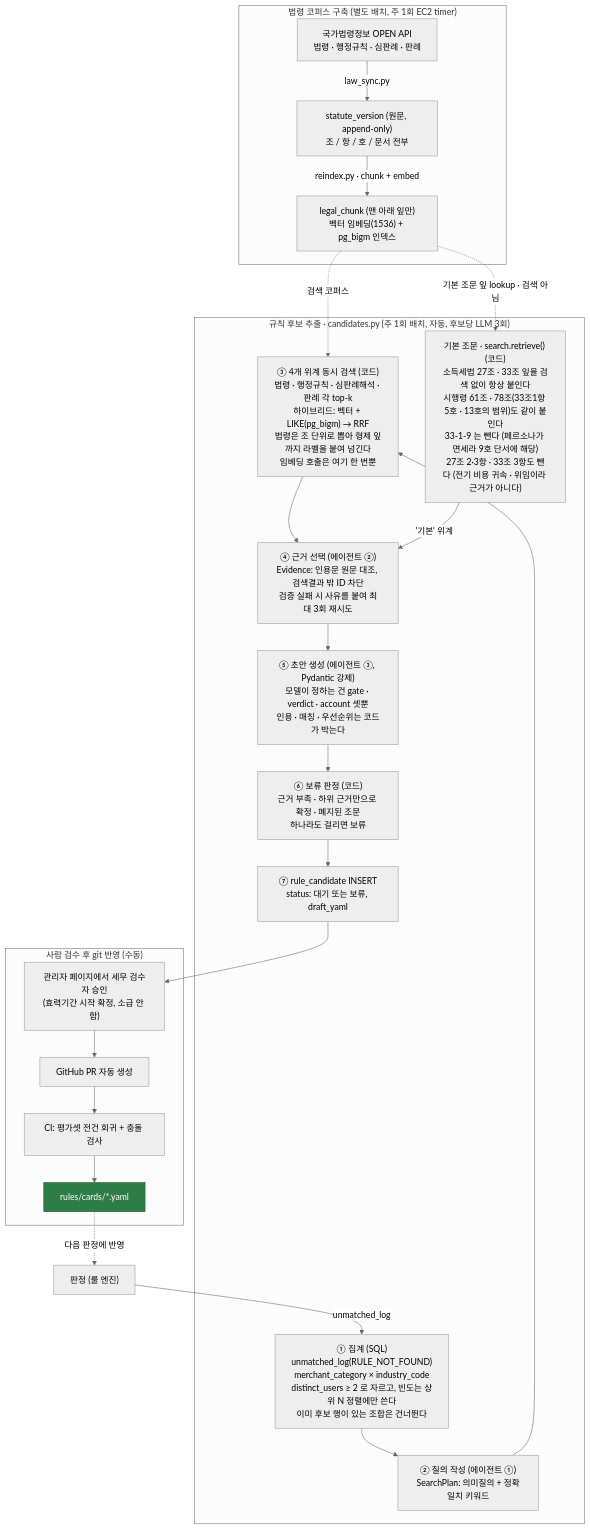
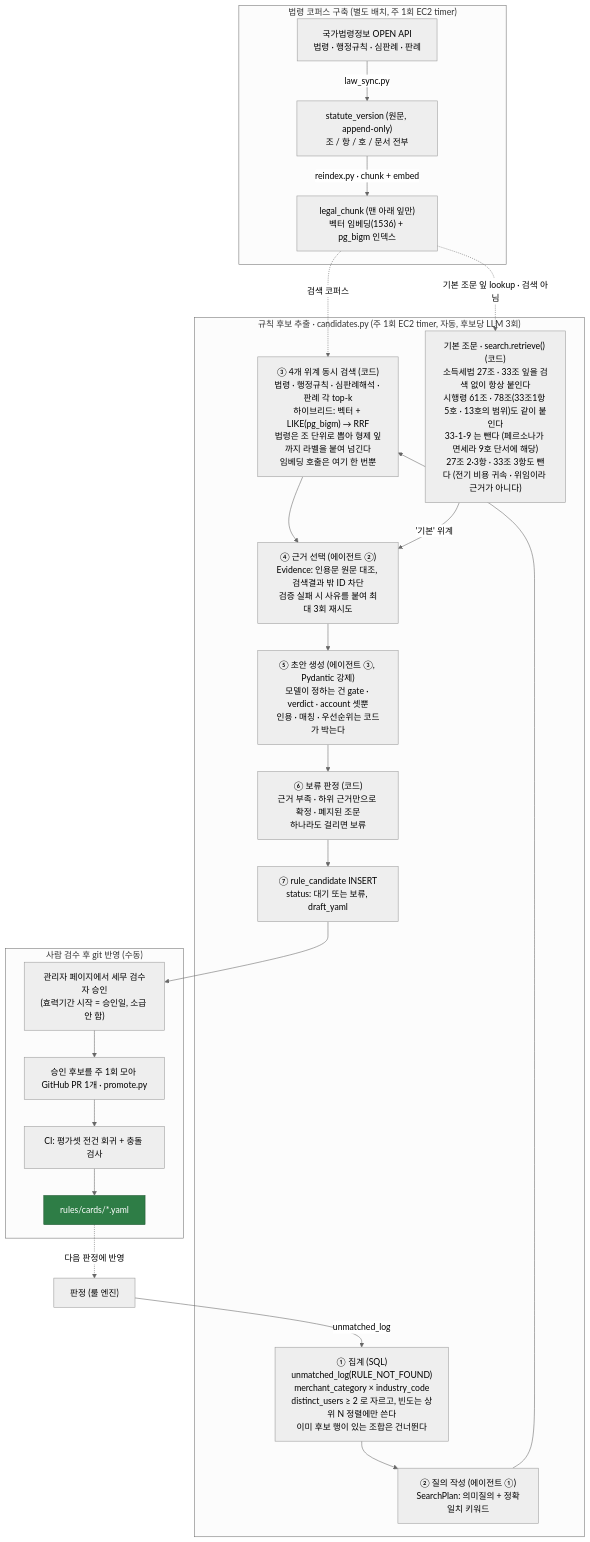
One commit to RainDrop3/ktc4-pusan-4 changed the third of 3 diagrams in docs/architecture.md. Above: the diagram before and after it, drawn with Mermaid (neutral theme). The commit also changed other lines of this file and 3 other files, not shown here.

````diff
--- a/docs/architecture.md
+++ b/docs/architecture.md
@@ -117,41 +117,41 @@
 ```mermaid
 flowchart TD
     subgraph CORPUS["법령 코퍼스 구축 (별도 배치, 주 1회 EC2 timer)"]
         LAW["국가법령정보 OPEN API<br/>법령 · 행정규칙 · 심판례 · 판례"]
         SV["statute_version (원문, append-only)<br/>조 / 항 / 호 / 문서 전부"]
         LC["legal_chunk (맨 아래 잎만)<br/>벡터 임베딩(1536) + pg_bigm 인덱스"]
         LAW -->|"law_sync.py"| SV -->|"reindex.py · chunk + embed"| LC
     end
 
-    subgraph EXTRACT["규칙 후보 추출 · candidates.py (주 1회 배치, 자동, 후보당 LLM 3회)"]
+    subgraph EXTRACT["규칙 후보 추출 · candidates.py (주 1회 EC2 timer, 자동, 후보당 LLM 3회)"]
         AGG["① 집계 (SQL)<br/>unmatched_log(RULE_NOT_FOUND)<br/>merchant_category × industry_code<br/>distinct_users ≥ 2 로 자르고, 빈도는 상위 N 정렬에만 쓴다<br/>이미 후보 행이 있는 조합은 건너뛴다"]
         PLAN["② 질의 작성 (에이전트 ①)<br/>SearchPlan: 의미질의 + 정확일치 키워드"]
         SEARCH["③ 4개 위계 동시 검색 (코드)<br/>법령 · 행정규칙 · 심판례해석 · 판례 각 top-k<br/>하이브리드: 벡터 + LIKE(pg_bigm) → RRF<br/>법령은 조 단위로 뽑아 형제 잎까지 라벨을 붙여 넘긴다<br/>임베딩 호출은 여기 한 번뿐"]
         FRAME["기본 조문 · search.retrieve() (코드)<br/>소득세법 27조 · 33조 잎을 검색 없이 항상 붙인다<br/>시행령 61조 · 78조(33조1항 5호 · 13호의 범위)도 같이 붙인다<br/>33-1-9 는 뺀다 (페르소나가 면세라 9호 단서에 해당)<br/>27조 2·3항 · 33조 3항도 뺀다 (전기 비용 귀속 · 위임이라 근거가 아니다)"]
         PICK["④ 근거 선택 (에이전트 ②)<br/>Evidence: 인용문 원문 대조, 검색결과 밖 ID 차단<br/>검증 실패 시 사유를 붙여 최대 3회 재시도"]
         DRAFT["⑤ 초안 생성 (에이전트 ③, Pydantic 강제)<br/>모델이 정하는 건 gate · verdict · account 셋뿐<br/>인용 · 매칭 · 우선순위는 코드가 박는다"]
         HOLD["⑥ 보류 판정 (코드)<br/>근거 부족 · 하위 근거만으로 확정 · 폐지된 조문<br/>하나라도 걸리면 보류"]
         CAND["⑦ rule_candidate INSERT<br/>status: 대기 또는 보류, draft_yaml"]
         AGG --> PLAN --> SEARCH --> PICK --> DRAFT --> HOLD --> CAND
         FRAME -->|"'기본' 위계"| PICK
     end
 
     subgraph HUMAN["사람 검수 후 git 반영 (수동)"]
-        ADMIN["관리자 페이지에서 세무 검수자 승인<br/>(효력기간 시작 확정, 소급 안 함)"]
-        PR["GitHub PR 자동 생성"]
+        ADMIN["관리자 페이지에서 세무 검수자 승인<br/>(효력기간 시작 = 승인일, 소급 안 함)"]
+        PR["승인 후보를 주 1회 모아 GitHub PR 1개 · promote.py"]
         CI["CI: 평가셋 전건 회귀 + 충돌 검사"]
         CARDS["rules/cards/*.yaml"]
         ADMIN --> PR --> CI --> CARDS
     end
 
     JUDGE["판정 (룰 엔진)"]
 
     JUDGE -->|"unmatched_log"| AGG
     LC -.->|"검색 코퍼스"| SEARCH
     LC -.->|"기본 조문 잎 lookup · 검색 아님"| FRAME
     CAND --> ADMIN
     CARDS -.->|"다음 판정에 반영"| JUDGE
 
     classDef done fill:#2e7d46,color:#ffffff,stroke:#1f5731;
     class CARDS done;
 ```
````
